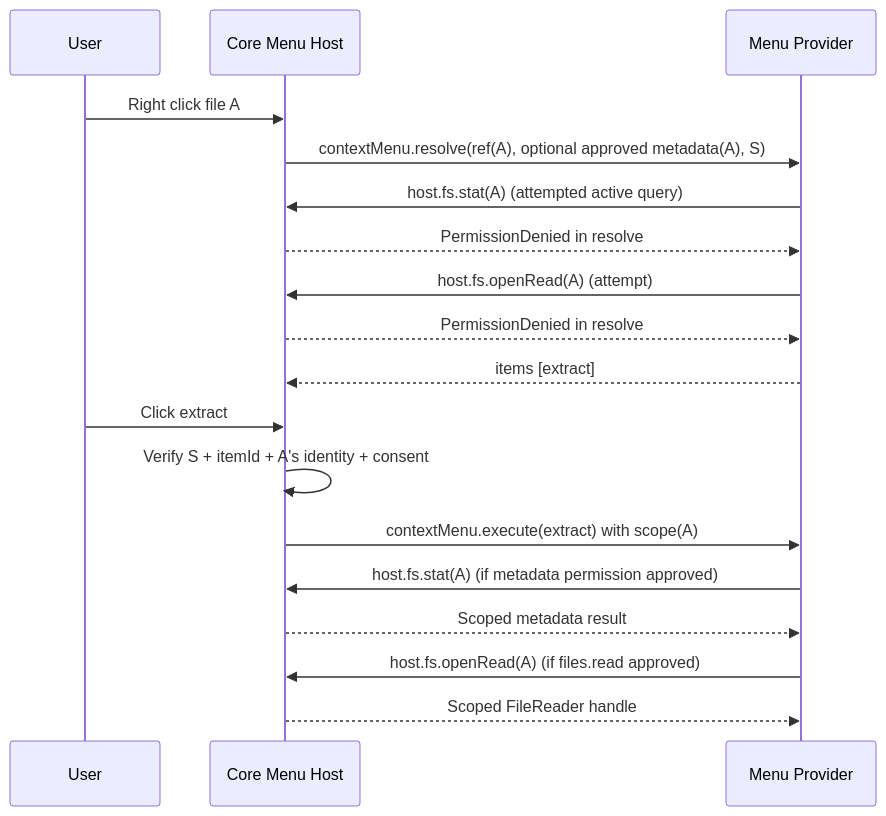
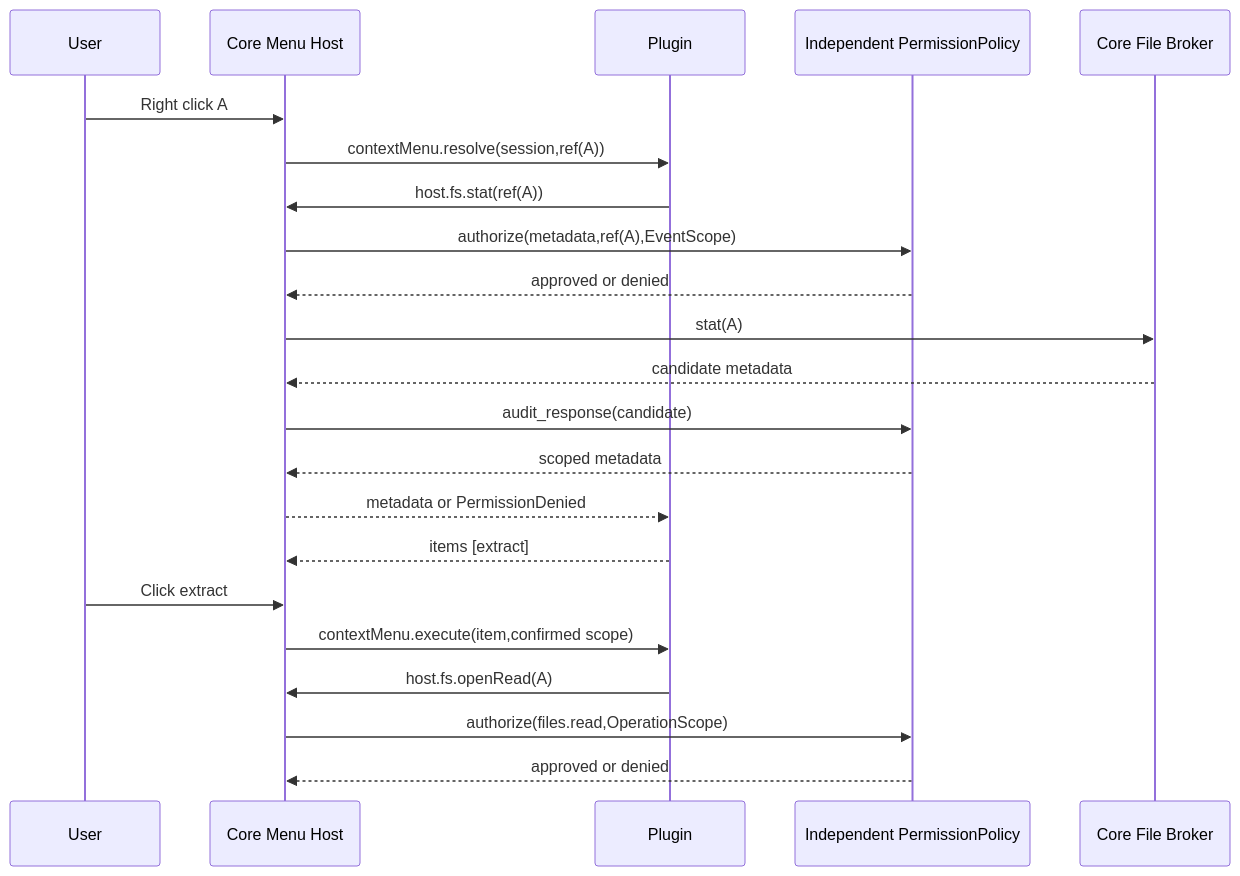
One commit to kevinhuang001/fiex changed the third of 5 diagrams in docs/plugins/06-SECURITY-LIFECYCLE.md. Above: the diagram before and after it, drawn with Mermaid. The commit also changed other lines of this file and 10 other files, not shown here.

Commit message:
docs: unify plugin event and scoped resource request flow

````diff
--- a/docs/plugins/06-SECURITY-LIFECYCLE.md
+++ b/docs/plugins/06-SECURITY-LIFECYCLE.md
@@ -53,20 +51,24 @@
 ```mermaid
 sequenceDiagram
   participant U as User
   participant H as Core Menu Host
-  participant P as Menu Provider
-  U->>H: Right click file A
-  H->>P: contextMenu.resolve(ref(A), optional approved metadata(A), S)
-  P->>H: host.fs.stat(A) (attempted active query)
-  H-->>P: PermissionDenied in resolve
-  P->>H: host.fs.openRead(A) (attempt)
-  H-->>P: PermissionDenied in resolve
+  participant P as Plugin
+  participant A as Independent PermissionPolicy
+  participant F as Core File Broker
+  U->>H: Right click A
+  H->>P: contextMenu.resolve(session,ref(A))
+  P->>H: host.fs.stat(ref(A))
+  H->>A: authorize(metadata,ref(A),EventScope)
+  A-->>H: approved or denied
+  H->>F: stat(A)
+  F-->>H: candidate metadata
+  H->>A: audit_response(candidate)
+  A-->>H: scoped metadata
+  H-->>P: metadata or PermissionDenied
   P-->>H: items [extract]
   U->>H: Click extract
-  H->>H: Verify S + itemId + A's identity + consent
-  H->>P: contextMenu.execute(extract) with scope(A)
-  P->>H: host.fs.stat(A) (if metadata permission approved)
-  H-->>P: Scoped metadata result
-  P->>H: host.fs.openRead(A) (if files.read approved)
-  H-->>P: Scoped FileReader handle
+  H->>P: contextMenu.execute(item,confirmed scope)
+  P->>H: host.fs.openRead(A)
+  H->>A: authorize(files.read,OperationScope)
+  A-->>H: approved or denied
 ```
````
